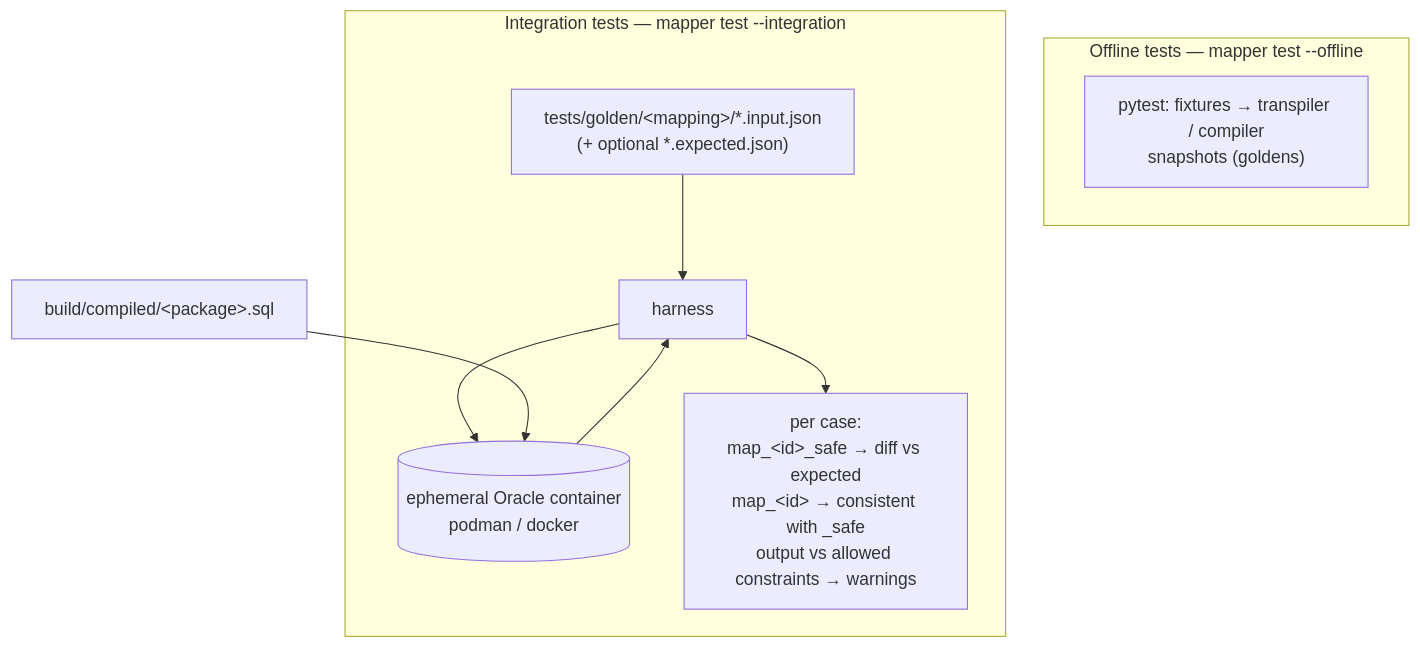
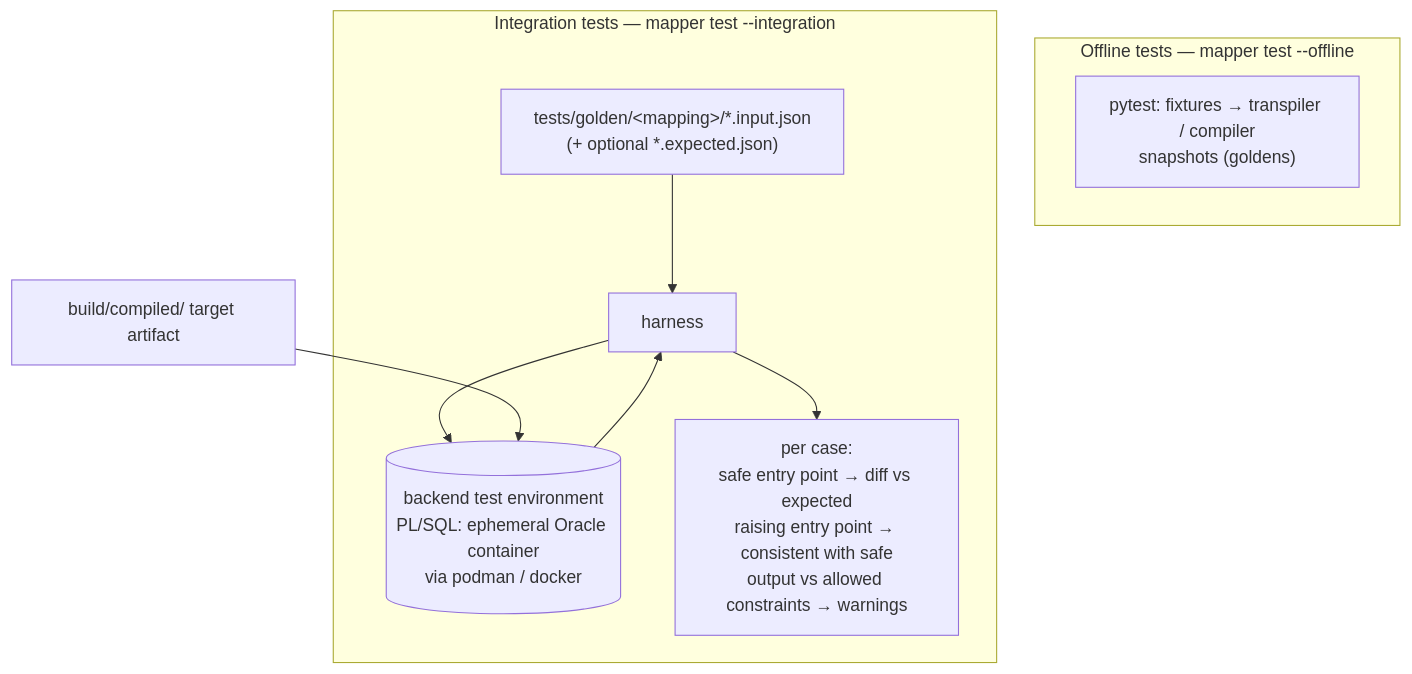
Before and after one commit to elegos/json2json-mapping-engine: the sixth of 7 diagrams in docs/ARCHITECTURE.md, drawn with Mermaid. The commit also changed other lines of this file and 1 other file, not shown here.

Commit message:
docs: make HLD diagrams target-agnostic; add Target backends section; backlog item for backend dispatch

````diff
--- a/docs/ARCHITECTURE.md
+++ b/docs/ARCHITECTURE.md
@@ -126,15 +177,15 @@
 ```mermaid
 flowchart TB
     subgraph off["Offline tests — mapper test --offline"]
         T1["pytest: fixtures → transpiler / compiler<br/>snapshots (goldens)"]
     end
 
     subgraph integ["Integration tests — mapper test --integration"]
         C["tests/golden/&lt;mapping&gt;/*.input.json<br/>(+ optional *.expected.json)"] --> H["harness"]
-        H --> DB[("ephemeral Oracle container<br/>podman / docker")]
-        DB --> H
-        H --> CHK["per case:<br/>map_&lt;id&gt;_safe → diff vs expected<br/>map_&lt;id&gt; → consistent with _safe<br/>output vs allowed constraints → warnings"]
+        H --> ENV[("backend test environment<br/>PL/SQL: ephemeral Oracle container<br/>via podman / docker")]
+        ENV --> H
+        H --> CHK["per case:<br/>safe entry point → diff vs expected<br/>raising entry point → consistent with safe<br/>output vs allowed constraints → warnings"]
     end
 
-    PKGSQL["build/compiled/&lt;package&gt;.sql"] --> DB
+    ART["build/compiled/ target artifact"] --> ENV
 ```
````
